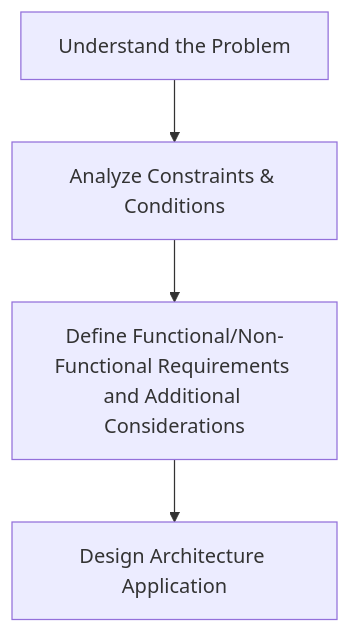
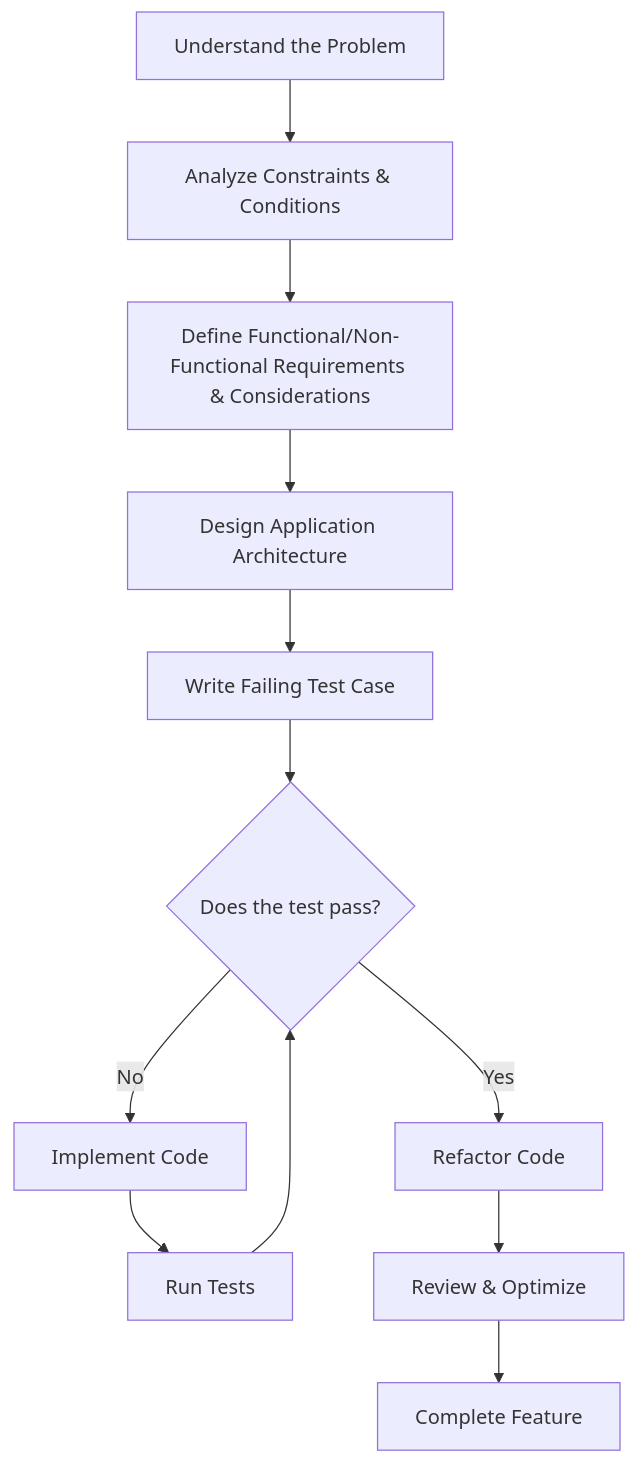
The diagram in README.md (ahsanulks/finance-tracker), drawn with Mermaid before and after one commit. The commit also changed other lines of this file, not shown here.

Commit message:
docs: add TDD step

````diff
--- a/README.md
+++ b/README.md
@@ -85,6 +85,14 @@
 ```mermaid
 flowchart TB
     A[Understand the Problem] --> B[Analyze Constraints & Conditions]
-    B --> C[Define Functional/Non-Functional Requirements and Additional Considerations]
-    C --> D[Design Architecture Application]
+    B --> C[Define Functional/Non-Functional Requirements & Considerations]
+    C --> D[Design Application Architecture]
+    D --> E[Write Failing Test Case]
+    E --> F{Does the test pass?}
+    F -- No --> G[Implement Code]
+    G --> H[Run Tests]
+    H --> F
+    F -- Yes --> I[Refactor Code]
+    I --> J[Review & Optimize]
+    J --> K[Complete Feature]
 ```
````
